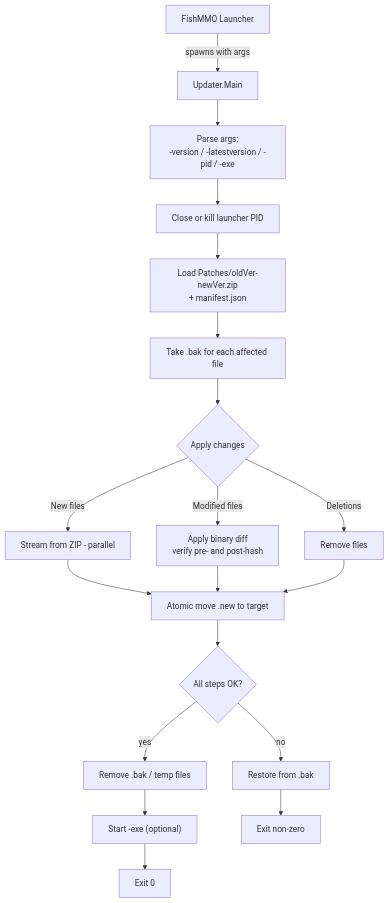
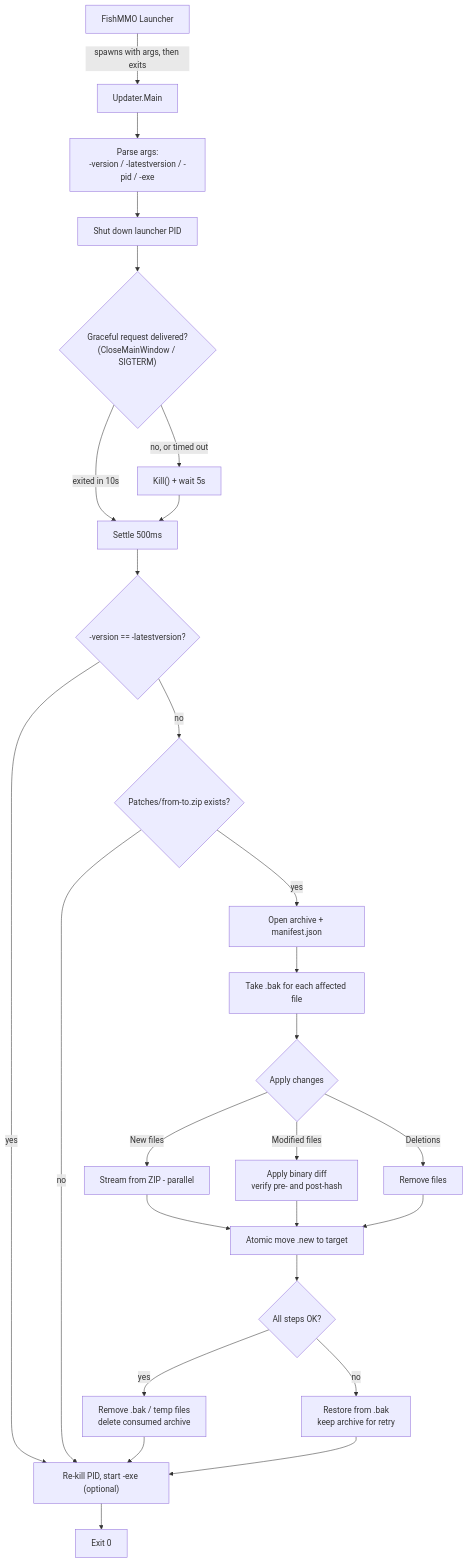
Before and after one commit to jimdroberts/FishMMO: the diagram in FishMMO-Patcher/Updater/README.md, drawn with Mermaid. The commit also changed other lines of this file and 33 other files, not shown here.

Commit message:
FishMMO Update

````diff
--- a/FishMMO-Patcher/Updater/README.md
+++ b/FishMMO-Patcher/Updater/README.md
@@ -193,21 +254,29 @@
 ```mermaid
 flowchart TD
-    Launcher[FishMMO Launcher] -->|spawns with args| U[Updater.Main]
+    Launcher[FishMMO Launcher] -->|spawns with args, then exits| U[Updater.Main]
     U --> Args[Parse args:<br/>-version / -latestversion / -pid / -exe]
-    Args --> Kill[Close or kill launcher PID]
-    Kill --> Load[Load Patches/oldVer-newVer.zip<br/>+ manifest.json]
+    Args --> Shutdown[Shut down launcher PID]
+    Shutdown --> Graceful{"Graceful request delivered?<br/>(CloseMainWindow / SIGTERM)"}
+    Graceful -- "exited in 10s" --> Settle[Settle 500ms]
+    Graceful -- "no, or timed out" --> ForceKill["Kill() + wait 5s"]
+    ForceKill --> Settle
+    Settle --> Same{"-version == -latestversion?"}
+    Same -- yes --> Restart
+    Same -- no --> Find{"Patches/from-to.zip exists?"}
+    Find -- no --> Restart
+    Find -- yes --> Load[Open archive + manifest.json]
     Load --> Backup[Take .bak for each affected file]
     Backup --> Apply{Apply changes}
     Apply -->|New files| WriteNew[Stream from ZIP - parallel]
     Apply -->|Modified files| Diff[Apply binary diff<br/>verify pre- and post-hash]
     Apply -->|Deletions| Delete[Remove files]
     WriteNew --> Move[Atomic move .new to target]
     Diff --> Move
     Delete --> Move
     Move --> OK{All steps OK?}
-    OK -- yes --> Cleanup[Remove .bak / temp files]
-    Cleanup --> Restart["Start -exe (optional)"]
+    OK -- yes --> Cleanup[Remove .bak / temp files<br/>delete consumed archive]
+    OK -- no --> Rollback[Restore from .bak<br/>keep archive for retry]
+    Cleanup --> Restart["Re-kill PID, start -exe (optional)"]
+    Rollback --> Restart
     Restart --> Exit0[Exit 0]
-    OK -- no --> Rollback[Restore from .bak]
-    Rollback --> ExitN[Exit non-zero]
 ```
````
